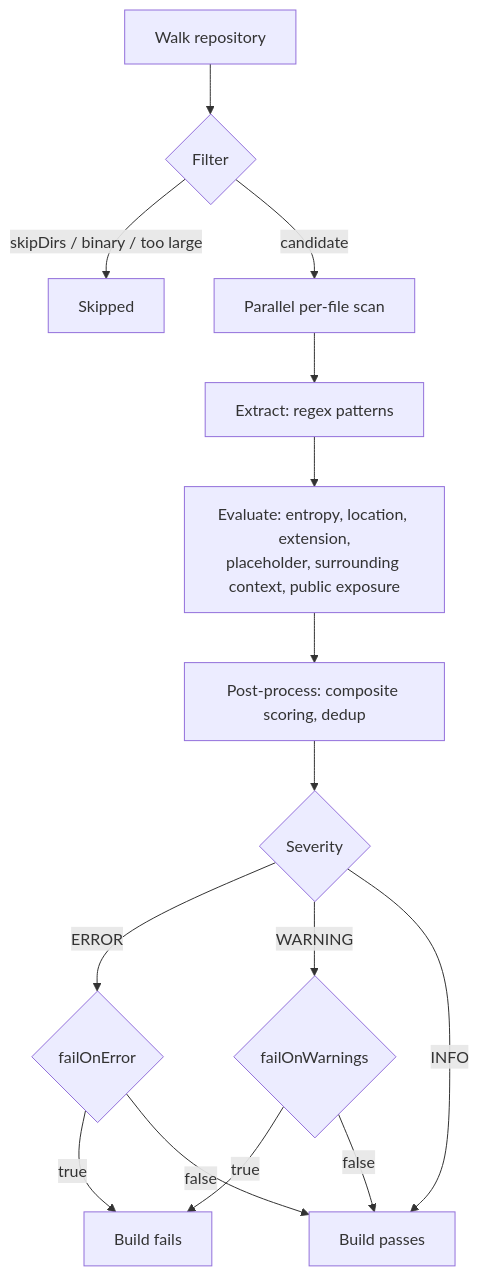
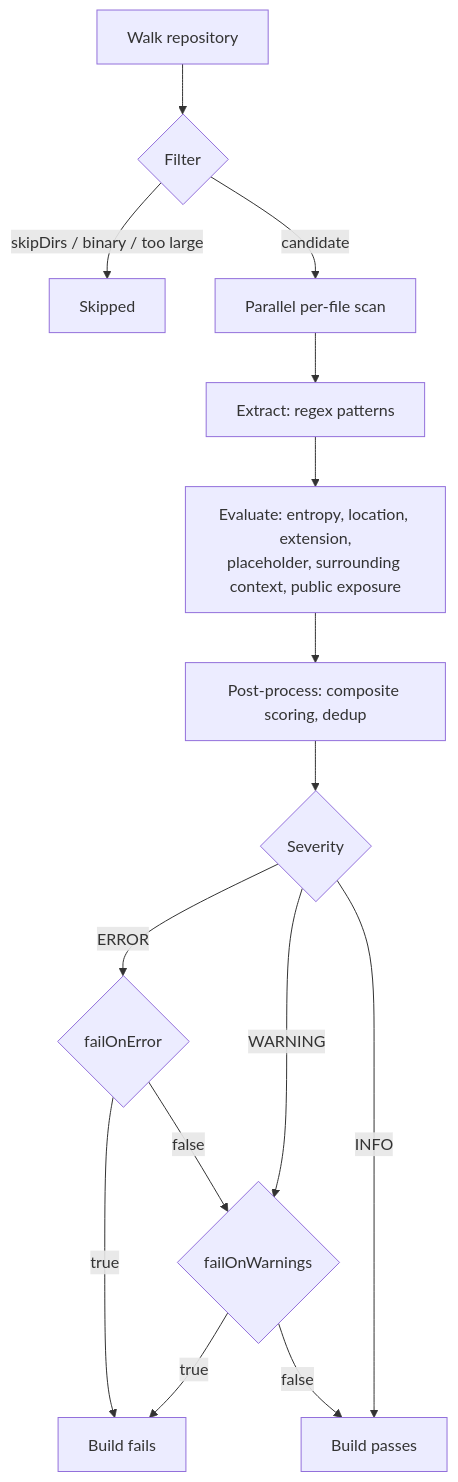
The second of 2 diagrams in README.md (nikolas-charalambidis/facepalm-maven-plugin), drawn with Mermaid before and after one commit. The commit also changed 3 other files, not shown here.

````diff
--- a/README.md
+++ b/README.md
@@ -113,17 +113,17 @@
 ```mermaid
 flowchart TD
     W[Walk repository] --> F{Filter}
     F -- skipDirs / binary / too large --> S[Skipped]
     F -- candidate --> P[Parallel per-file scan]
     P --> X[Extract: regex patterns]
     X --> E[Evaluate: entropy, location, extension,<br/>placeholder, surrounding context, public exposure]
     E --> PP[Post-process: composite scoring, dedup]
     PP --> SV{Severity}
     SV -- ERROR --> FE{failOnError}
     SV -- WARNING --> FW{failOnWarnings}
     SV -- INFO --> OK[Build passes]
     FE -- true --> FAIL[Build fails]
-    FE -- false --> OK
+    FE -- false --> FW
     FW -- true --> FAIL
     FW -- false --> OK
 ```
````
